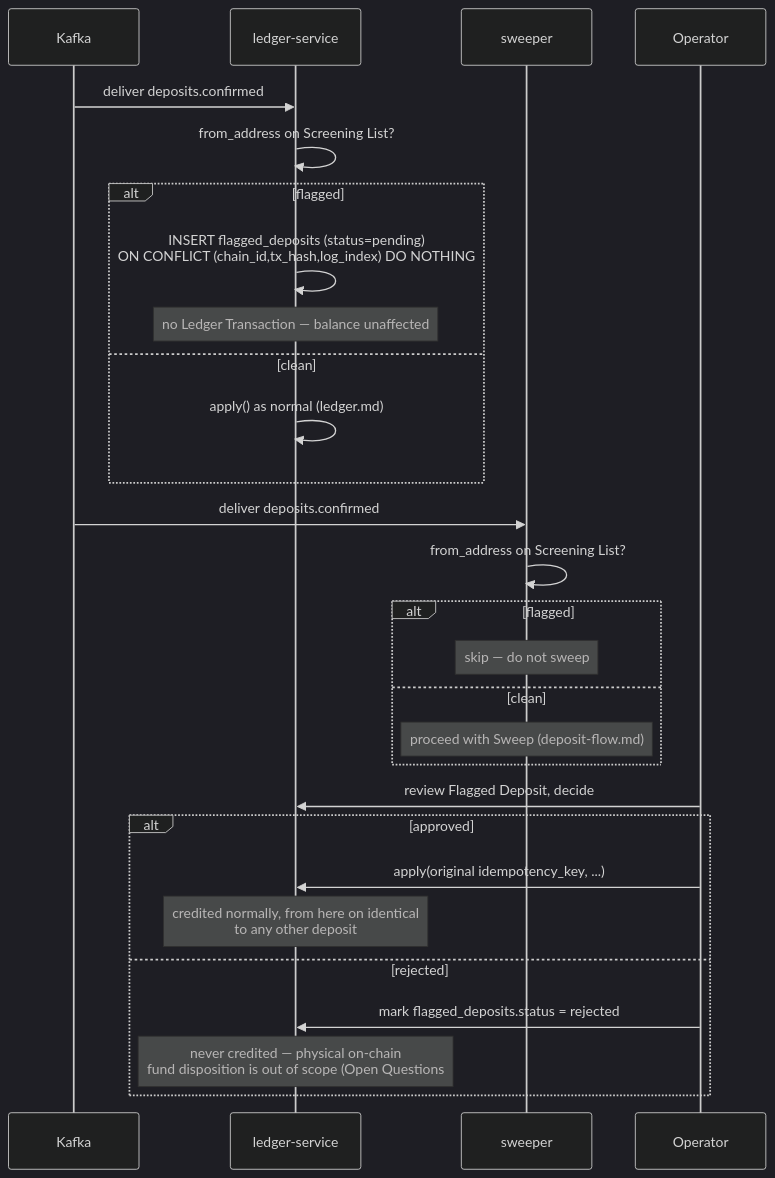
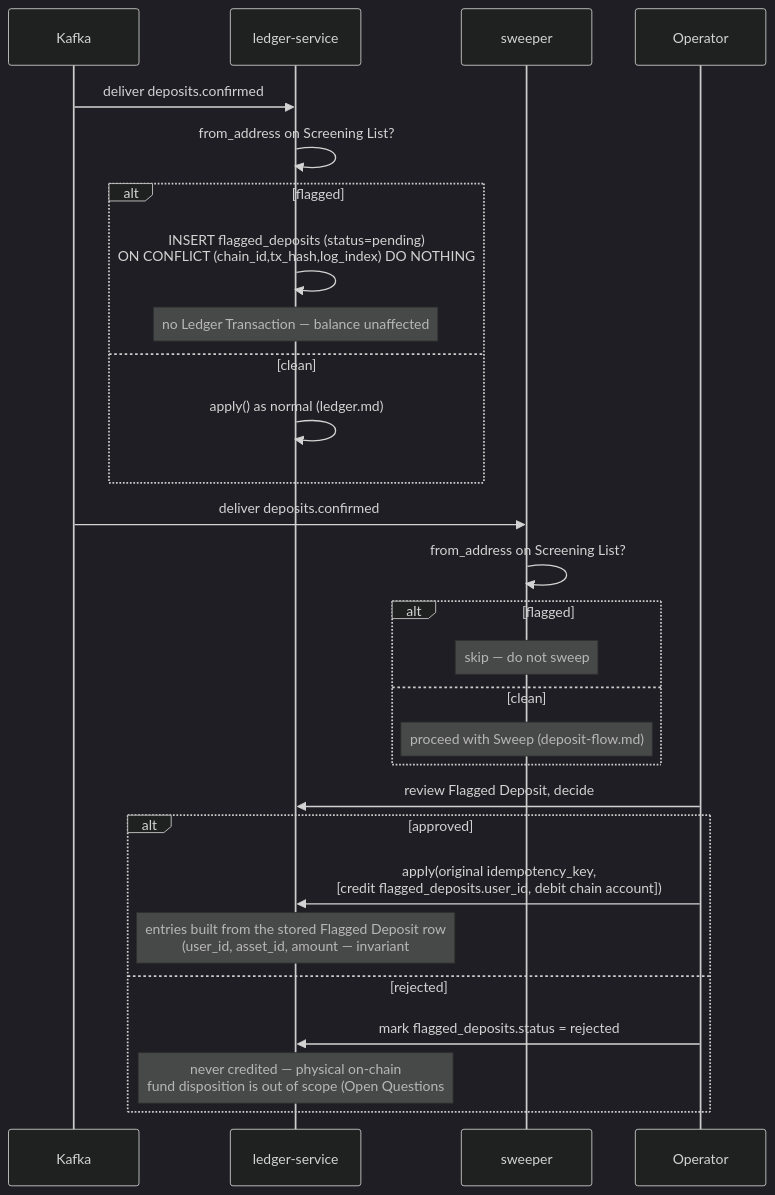
One commit to VuKhuongDuy/DigiWal changed the diagram in docs/design/compliance-screening.md. Above: the diagram before and after it, drawn with Mermaid (dark theme). The commit also changed other lines of this file and 4 other files, not shown here.

````diff
--- a/docs/design/compliance-screening.md
+++ b/docs/design/compliance-screening.md
@@ -83,33 +92,33 @@
 ```mermaid
 sequenceDiagram
     participant Kafka
     participant Ledger as ledger-service
     participant Sweeper as sweeper
     participant Op as Operator
 
     Kafka->>Ledger: deliver deposits.confirmed
     Ledger->>Ledger: from_address on Screening List?
     alt flagged
         Ledger->>Ledger: INSERT flagged_deposits (status=pending)<br/>ON CONFLICT (chain_id,tx_hash,log_index) DO NOTHING
         Note over Ledger: no Ledger Transaction — balance unaffected
     else clean
         Ledger->>Ledger: apply() as normal (ledger.md)
     end
 
     Kafka->>Sweeper: deliver deposits.confirmed
     Sweeper->>Sweeper: from_address on Screening List?
     alt flagged
         Note over Sweeper: skip — do not sweep
     else clean
         Note over Sweeper: proceed with Sweep (deposit-flow.md)
     end
 
     Op->>Ledger: review Flagged Deposit, decide
     alt approved
-        Op->>Ledger: apply(original idempotency_key, ...)
-        Note over Ledger: credited normally, from here on identical<br/>to any other deposit
+        Op->>Ledger: apply(original idempotency_key,<br/>[credit flagged_deposits.user_id, debit chain account])
+        Note over Ledger: entries built from the stored Flagged Deposit row<br/>(user_id, asset_id, amount — invariant #4), not re-derived from anywhere else.<br/>Credited normally, from here on identical to any other deposit
     else rejected
         Op->>Ledger: mark flagged_deposits.status = rejected
         Note over Ledger: never credited — physical on-chain<br/>fund disposition is out of scope (Open Questions #3)
     end
 ```
````
